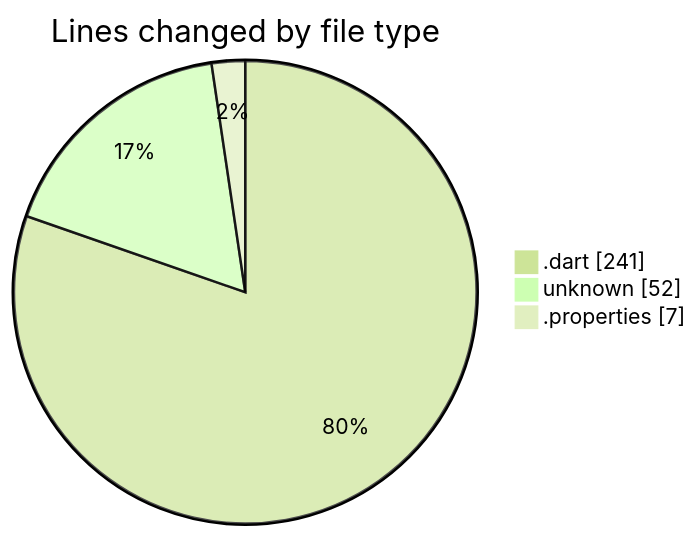
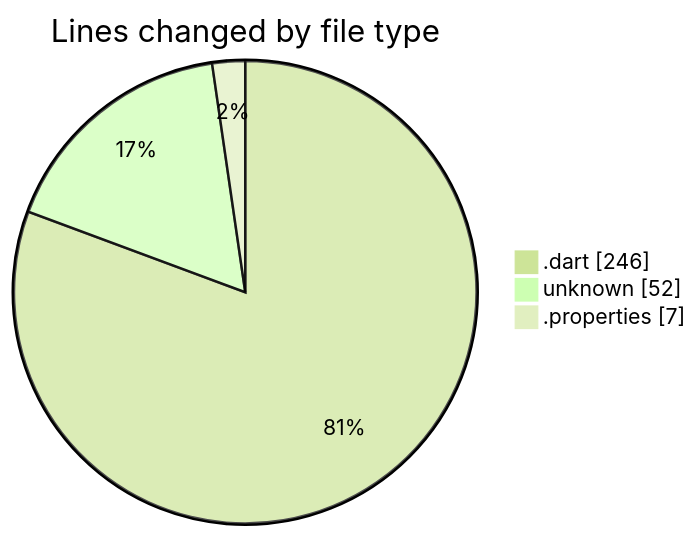
Before and after one commit to donsfak/code-tracking: the first of 2 diagrams in 2025-01-02/uber_clone/README.md, drawn with Mermaid (forest theme). The commit also changed other lines of this file and 1 other file, not shown here.

````diff
--- a/2025-01-02/uber_clone/README.md
+++ b/2025-01-02/uber_clone/README.md
@@ -25,7 +25,7 @@
 ```mermaid
 pie showData
 title Lines changed by file type
-".dart" : 241
+".dart" : 246
 "unknown" : 52
 ".properties" : 7
 ```
````
